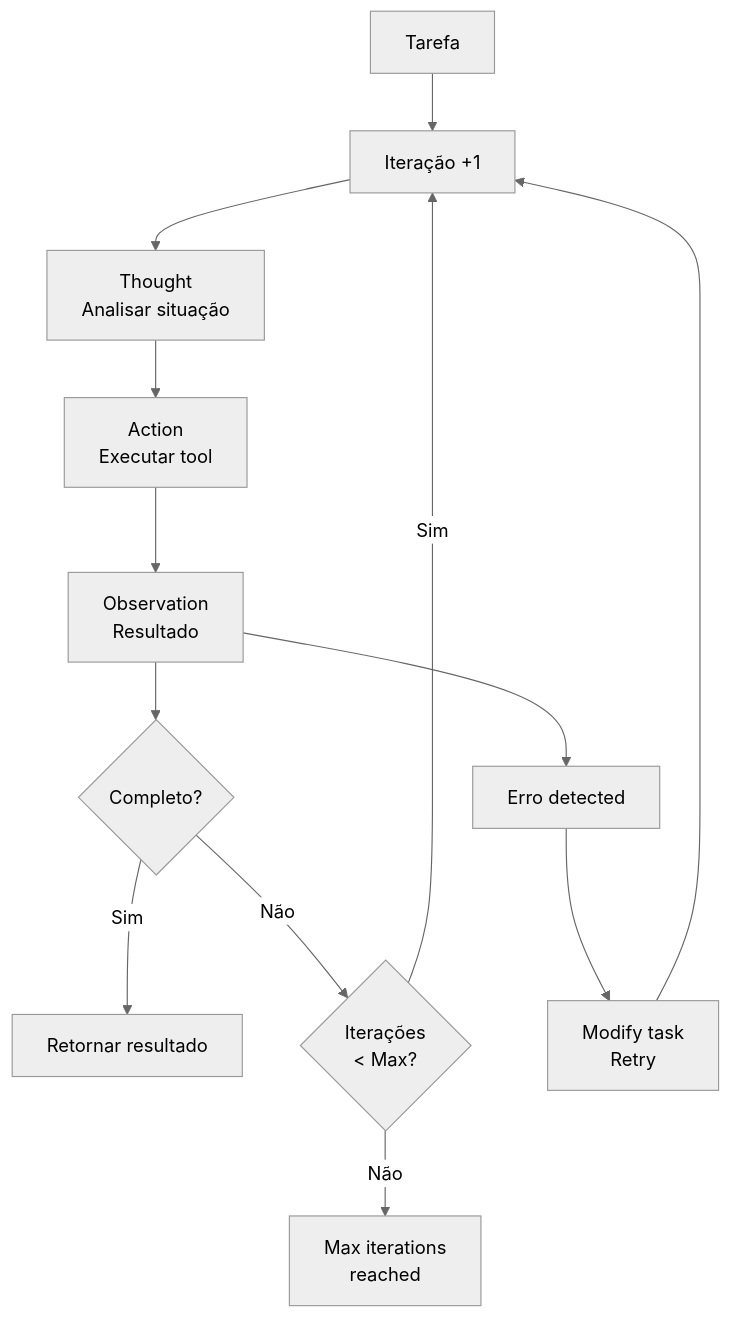
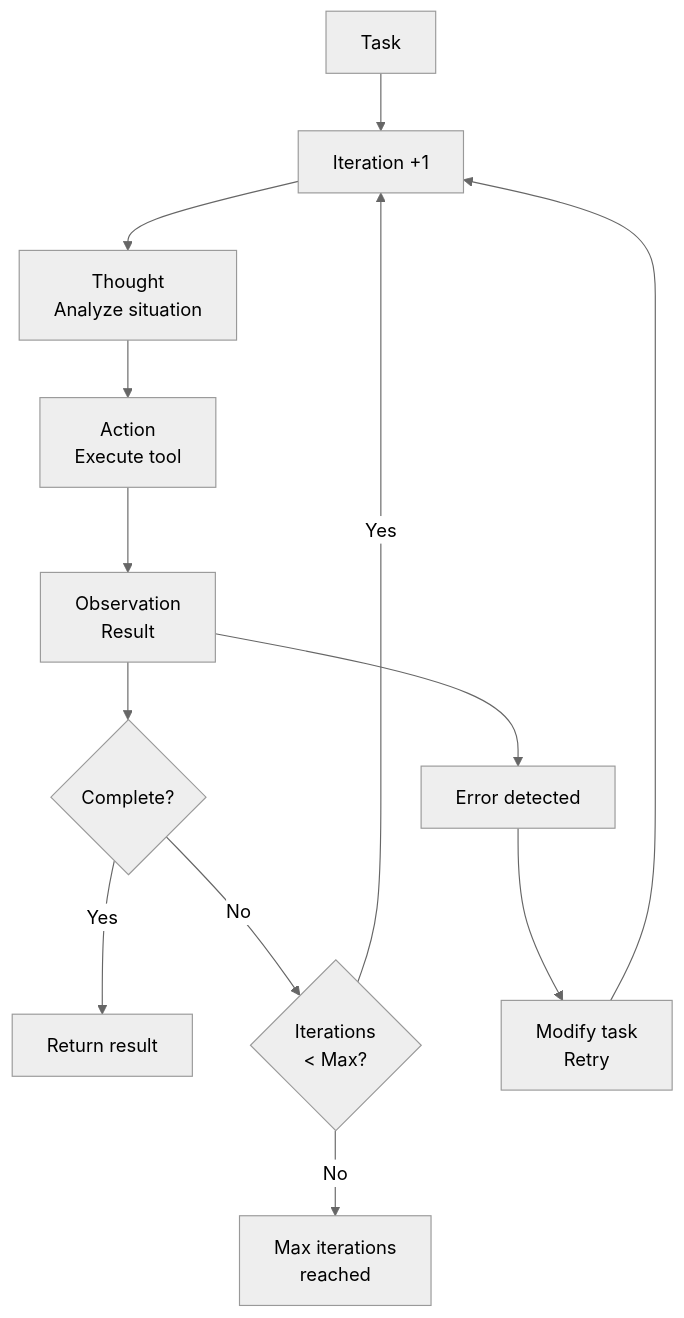
One commit to adilsonmenechini/crewclaw changed the first of 2 diagrams in docs/adr/005-runtime-react.md. Above: the diagram before and after it, drawn with Mermaid (neutral theme). The commit also changed other lines of this file and 12 other files, not shown here.

Commit message:
docs: Translate Architecture Decision Records and other documentation from Portuguese to English, and update various setup and feature guides.

````diff
--- a/docs/adr/005-runtime-react.md
+++ b/docs/adr/005-runtime-react.md
@@ -27,16 +27,16 @@
 ```mermaid
 flowchart TD
-    START[Tarefa] --> ITER[Iteração +1]
-    ITER --> THOUGHT[Thought<br/>Analisar situação]
-    THOUGHT --> ACTION[Action<br/>Executar tool]
-    ACTION --> OBS[Observation<br/>Resultado]
-    OBS --> CHECK{Completo?}
-    CHECK -->|Sim| DONE[Retornar resultado]
-    CHECK -->|Não| LOOP{Iterações<br/>< Max?}
-    LOOP -->|Sim| ITER
-    LOOP -->|Não| MAX[Max iterations<br/>reached]
+    START[Task] --> ITER[Iteration +1]
+    ITER --> THOUGHT[Thought<br/>Analyze situation]
+    THOUGHT --> ACTION[Action<br/>Execute tool]
+    ACTION --> OBS[Observation<br/>Result]
+    OBS --> CHECK{Complete?}
+    CHECK -->|Yes| DONE[Return result]
+    CHECK -->|No| LOOP{Iterations<br/>< Max?}
+    LOOP -->|Yes| ITER
+    LOOP -->|No| MAX[Max iterations<br/>reached]
     
-    OBS --> ERROR[Erro detected]
+    OBS --> ERROR[Error detected]
     ERROR --> RETRY[Modify task<br/>Retry]
     RETRY --> ITER
 ```
````
